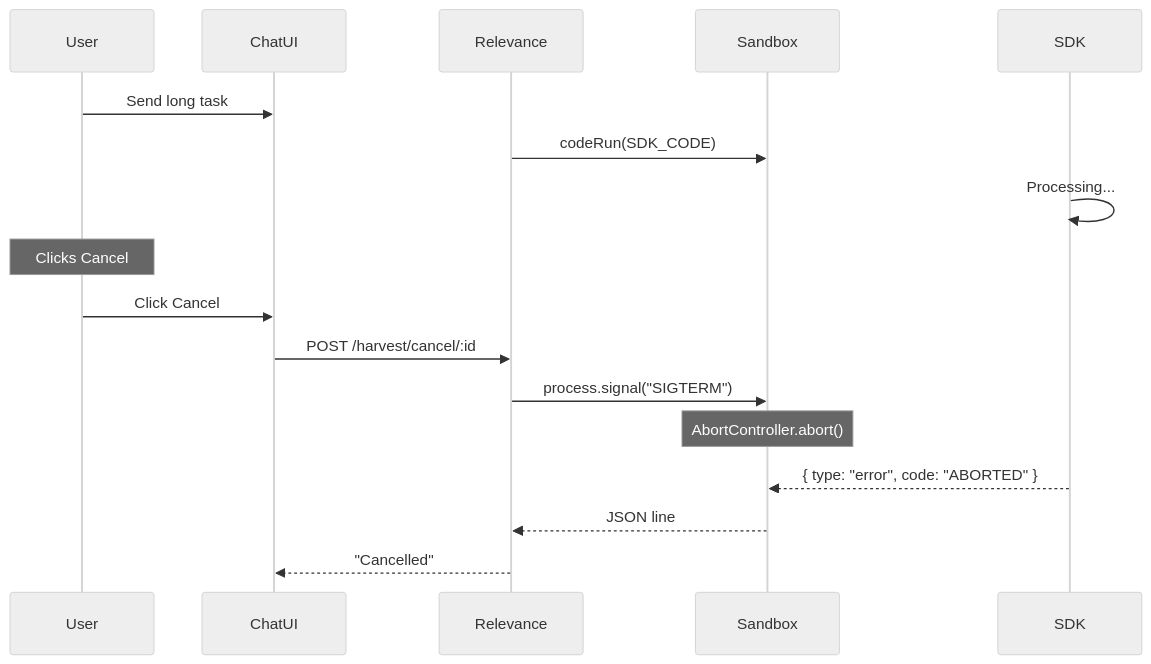
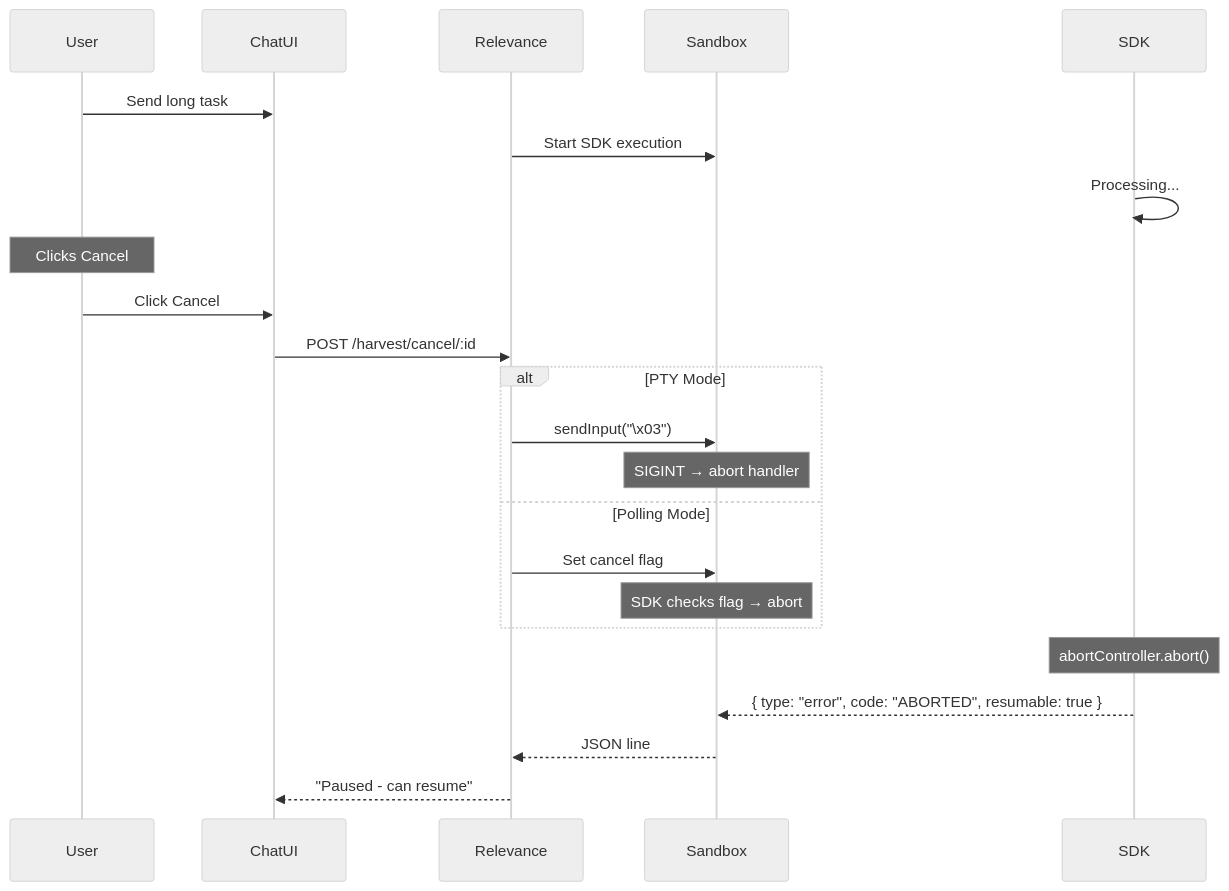
Before and after one commit to RelevanceAI/harvest: the fourth of 8 diagrams in packages/daytona-executor/ARCHITECTURE.md, drawn with Mermaid (neutral theme). The commit also changed other lines of this file, not shown here.

````diff
--- a/packages/daytona-executor/ARCHITECTURE.md
+++ b/packages/daytona-executor/ARCHITECTURE.md
@@ -180,22 +240,29 @@
 ```mermaid
 sequenceDiagram
     participant User
     participant ChatUI
     participant Relevance
     participant Sandbox
     participant SDK
 
     User->>ChatUI: Send long task
-    Relevance->>Sandbox: codeRun(SDK_CODE)
+    Relevance->>Sandbox: Start SDK execution
     SDK->>SDK: Processing...
 
     Note over User: Clicks Cancel
     User->>ChatUI: Click Cancel
     ChatUI->>Relevance: POST /harvest/cancel/:id
-    Relevance->>Sandbox: process.signal("SIGTERM")
 
-    Note over Sandbox: AbortController.abort()
-    SDK-->>Sandbox: { type: "error", code: "ABORTED" }
+    alt PTY Mode
+        Relevance->>Sandbox: sendInput("\x03")
+        Note over Sandbox: SIGINT → abort handler
+    else Polling Mode
+        Relevance->>Sandbox: Set cancel flag
+        Note over Sandbox: SDK checks flag → abort
+    end
+
+    Note over SDK: abortController.abort()
+    SDK-->>Sandbox: { type: "error", code: "ABORTED", resumable: true }
     Sandbox-->>Relevance: JSON line
-    Relevance-->>ChatUI: "Cancelled"
+    Relevance-->>ChatUI: "Paused - can resume"
 ```
````
